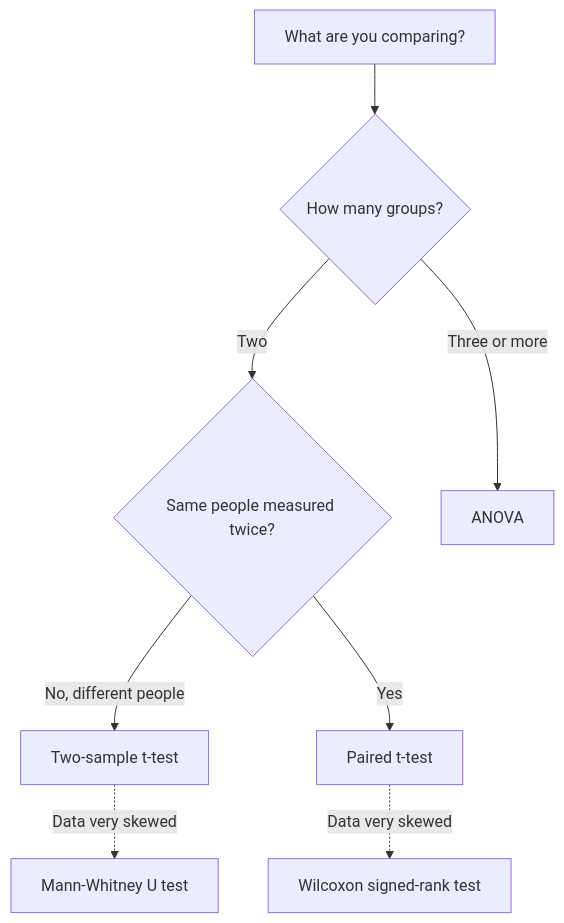
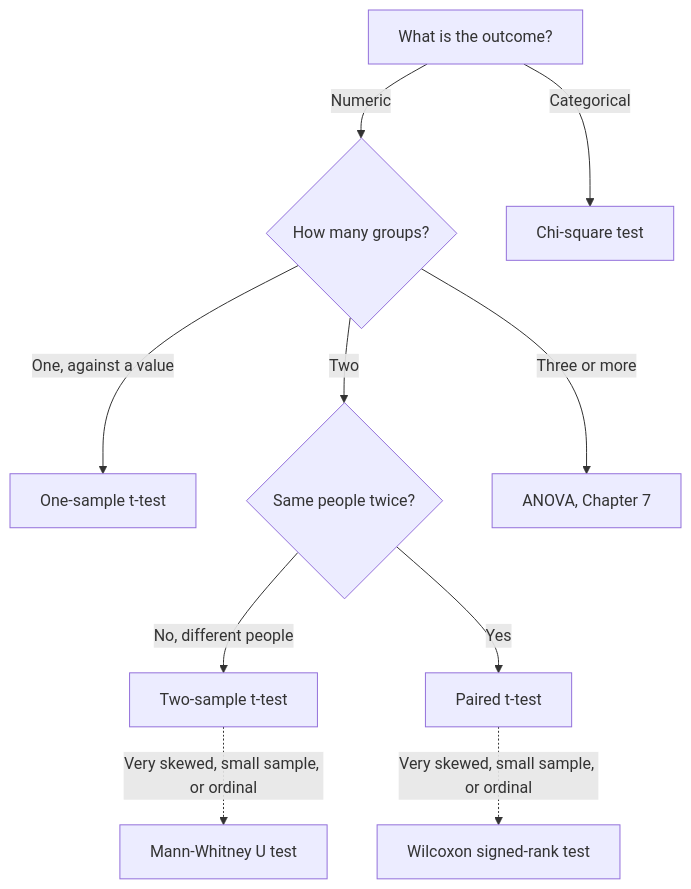
One commit to polla-fattah/data2thesis_r changed the diagram in book/06-hypothesis-testing.qmd. Above: the diagram before and after it, drawn with Mermaid. The commit also changed other lines of this file and 288 other files, not shown here.

````diff
--- a/book/06-hypothesis-testing.qmd
+++ b/book/06-hypothesis-testing.qmd
@@ -98,10 +426,14 @@
 ```{mermaid}
+%%| label: fig-choose-test
+%%| fig-cap: "Choosing a test for comparing groups."
 flowchart TD
-  A[What are you comparing?] --> B{How many groups?}
-  B -->|Two| C{Same people measured twice?}
-  B -->|Three or more| F[ANOVA]
-  C -->|No, different people| D[Two-sample t-test]
-  C -->|Yes| E[Paired t-test]
-  D -.->|Data very skewed| G[Mann-Whitney U test]
-  E -.->|Data very skewed| H[Wilcoxon signed-rank test]
+  A[What is the outcome?] -->|Numeric| B{How many groups?}
+  A -->|Categorical| K[Chi-square test]
+  B -->|One, against a value| C[One-sample t-test]
+  B -->|Two| D{Same people twice?}
+  B -->|Three or more| F[ANOVA, Chapter 7]
+  D -->|No, different people| G[Two-sample t-test]
+  D -->|Yes| H[Paired t-test]
+  G -.->|Very skewed, small sample, or ordinal| I[Mann-Whitney U test]
+  H -.->|Very skewed, small sample, or ordinal| J[Wilcoxon signed-rank test]
 ```
````
